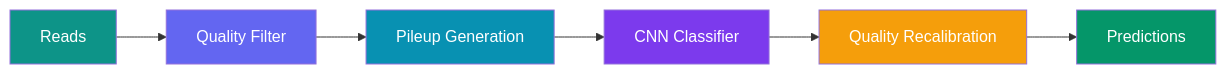
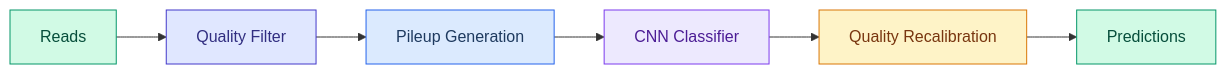
One commit to avitai/DiffBio changed the diagram in docs/user-guide/pipelines/enhanced-variant-calling.md. Above: the diagram before and after it, drawn with Mermaid. The commit also changed 124 other files, not shown here.

````diff
--- a/docs/user-guide/pipelines/enhanced-variant-calling.md
+++ b/docs/user-guide/pipelines/enhanced-variant-calling.md
@@ -9,15 +9,15 @@
 ```mermaid
 graph LR
     A[Reads] --> B[Quality Filter]
     B --> C[Pileup Generation]
     C --> D[CNN Classifier]
     D --> E[Quality Recalibration]
     E --> F[Predictions]
 
-    style A fill:#0d9488,color:#fff
-    style B fill:#6366f1,color:#fff
-    style C fill:#0891b2,color:#fff
-    style D fill:#7c3aed,color:#fff
-    style E fill:#f59e0b,color:#fff
-    style F fill:#059669,color:#fff
+    style A fill:#d1fae5,stroke:#059669,color:#064e3b
+    style B fill:#e0e7ff,stroke:#4338ca,color:#312e81
+    style C fill:#dbeafe,stroke:#2563eb,color:#1e3a5f
+    style D fill:#ede9fe,stroke:#7c3aed,color:#4c1d95
+    style E fill:#fef3c7,stroke:#d97706,color:#78350f
+    style F fill:#d1fae5,stroke:#059669,color:#064e3b
 ```
````
